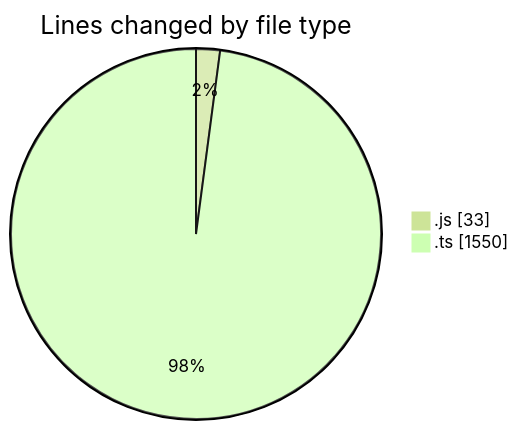
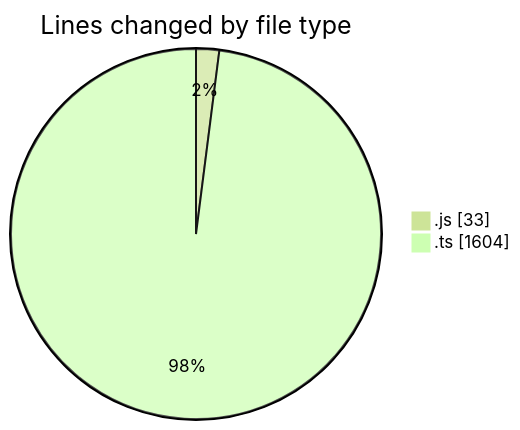
One commit to momahboobian/code-tracking changed the first of 2 diagrams in 2025-09-08/cda/README.md. Above: the diagram before and after it, drawn with Mermaid (forest theme). The commit also changed other lines of this file and 1 other file, not shown here.

````diff
--- a/2025-09-08/cda/README.md
+++ b/2025-09-08/cda/README.md
@@ -22,6 +22,6 @@
 ```mermaid
 pie showData
 title Lines changed by file type
 ".js" : 33
-".ts" : 1550
+".ts" : 1604
 ```
````
